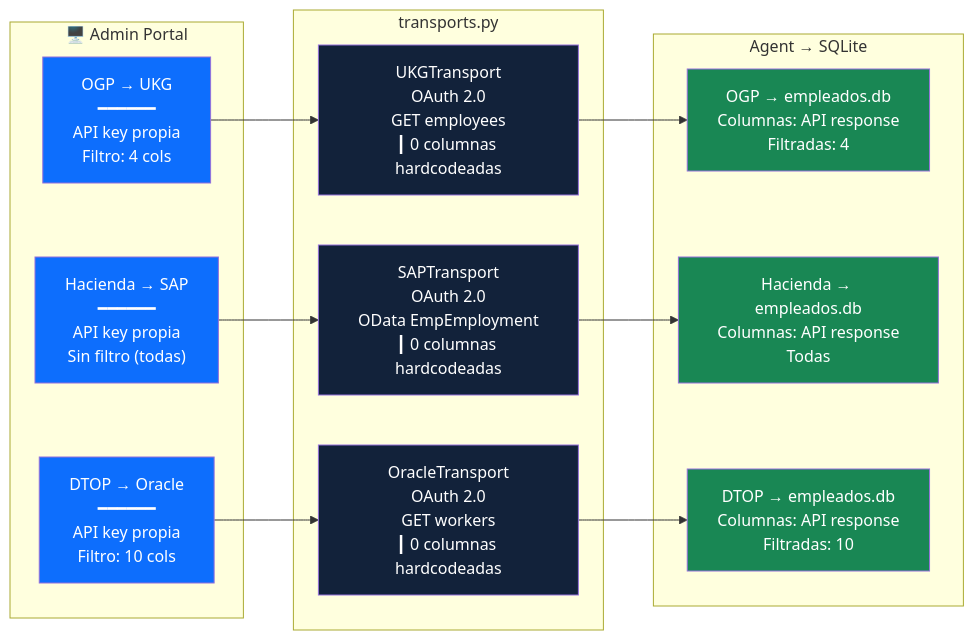
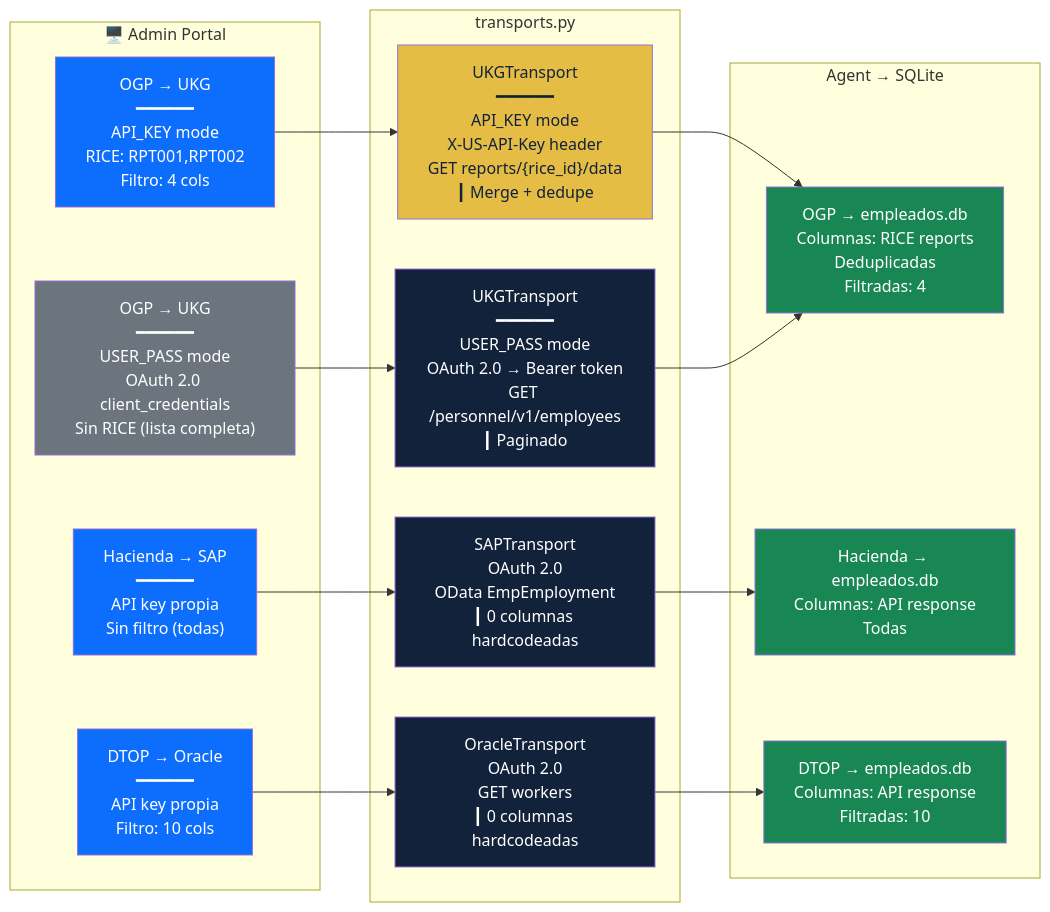
One commit to jcollazo/asi-deploy-hub changed the fifth of 9 diagrams in docs/ARCHITECTURE_MERMAID.md. Above: the diagram before and after it, drawn with Mermaid. The commit also changed other lines of this file and 5 other files, not shown here.

First line of the commit message:
feat: UKG dual mode — API Key (RICE reports) vs Username/Password (OAuth2)

````diff
--- a/docs/ARCHITECTURE_MERMAID.md
+++ b/docs/ARCHITECTURE_MERMAID.md
@@ -220,34 +226,39 @@
 ```mermaid
 graph LR
     subgraph Portal["🖥️ Admin Portal"]
-        P1["OGP → UKG<br/>━━━━━━<br/>API key propia<br/>Filtro: 4 cols"]
+        P1["OGP → UKG<br/>━━━━━━<br/>API_KEY mode<br/>RICE: RPT001,RPT002<br/>Filtro: 4 cols"]
+        P1b["OGP → UKG<br/>━━━━━━<br/>USER_PASS mode<br/>OAuth 2.0 client_credentials<br/>Sin RICE (lista completa)"]
         P2["Hacienda → SAP<br/>━━━━━━<br/>API key propia<br/>Sin filtro (todas)"]
         P3["DTOP → Oracle<br/>━━━━━━<br/>API key propia<br/>Filtro: 10 cols"]
     end
 
     subgraph Transport["transports.py"]
-        T1["UKGTransport<br/>OAuth 2.0<br/>GET employees<br/>┃ 0 columnas hardcodeadas"]
+        T1a["UKGTransport<br/>━━━━━━<br/>API_KEY mode<br/>X-US-API-Key header<br/>GET reports/{rice_id}/data<br/>┃ Merge + dedupe"]
+        T1b["UKGTransport<br/>━━━━━━<br/>USER_PASS mode<br/>OAuth 2.0 → Bearer token<br/>GET /personnel/v1/employees<br/>┃ Paginado"]
         T2["SAPTransport<br/>OAuth 2.0<br/>OData EmpEmployment<br/>┃ 0 columnas hardcodeadas"]
         T3["OracleTransport<br/>OAuth 2.0<br/>GET workers<br/>┃ 0 columnas hardcodeadas"]
     end
 
     subgraph Agents["Agent → SQLite"]
-        A1["OGP → empleados.db<br/>Columnas: API response<br/>Filtradas: 4"]
+        A1a["OGP → empleados.db<br/>Columnas: RICE reports<br/>Deduplicadas<br/>Filtradas: 4"]
         A2["Hacienda → empleados.db<br/>Columnas: API response<br/>Todas"]
         A3["DTOP → empleados.db<br/>Columnas: API response<br/>Filtradas: 10"]
     end
 
-    P1 --> T1 --> A1
+    P1 --> T1a --> A1a
+    P1b --> T1b --> A1a
     P2 --> T2 --> A2
     P3 --> T3 --> A3
 
     style P1 fill:#0D6EFD,color:#fff
+    style P1b fill:#6C757D,color:#fff
     style P2 fill:#0D6EFD,color:#fff
     style P3 fill:#0D6EFD,color:#fff
-    style T1 fill:#12223A,color:#fff
+    style T1a fill:#E5BD44,color:#12223A
+    style T1b fill:#12223A,color:#fff
     style T2 fill:#12223A,color:#fff
     style T3 fill:#12223A,color:#fff
-    style A1 fill:#198754,color:#fff
+    style A1a fill:#198754,color:#fff
     style A2 fill:#198754,color:#fff
     style A3 fill:#198754,color:#fff
 ```
````
